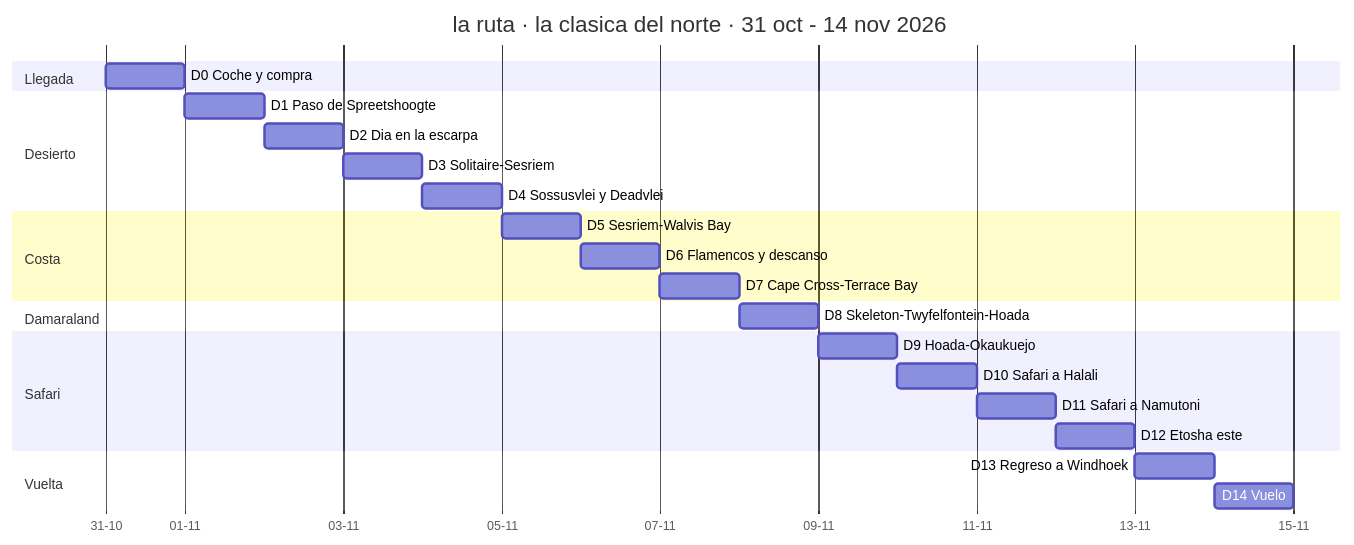
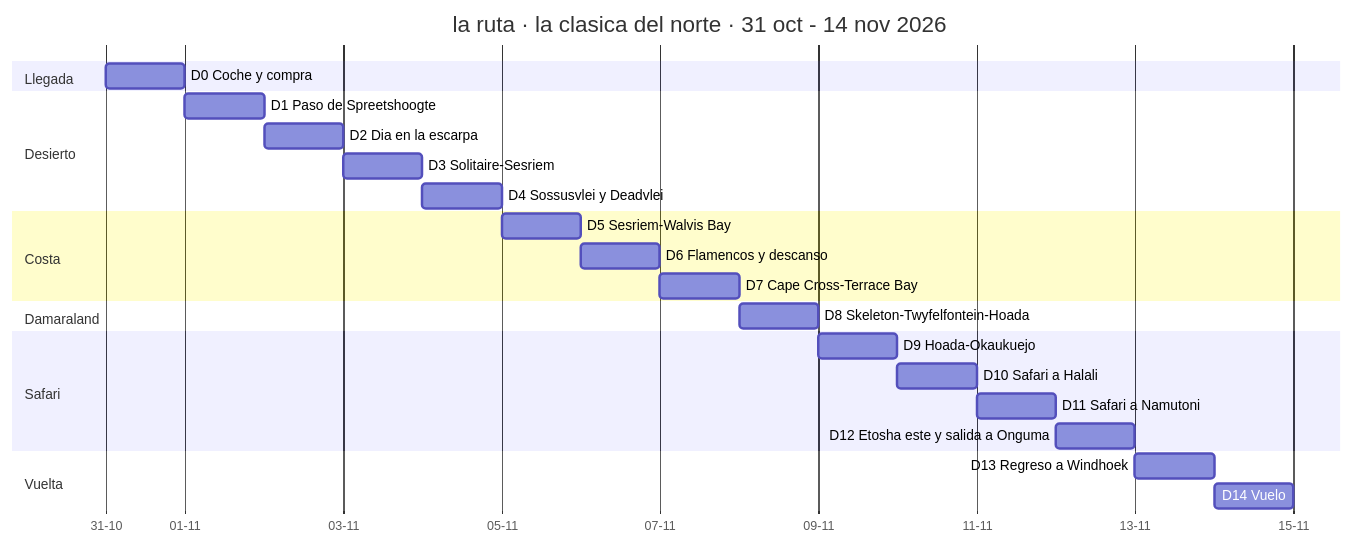
Before and after one commit to morandeirachema/namibia: the first of 3 diagrams in 01-itinerarios-dia-a-dia.md, drawn with Mermaid. The commit also changed other lines of this file and 29 other files, not shown here.

````diff
--- a/01-itinerarios-dia-a-dia.md
+++ b/01-itinerarios-dia-a-dia.md
@@ -56,27 +82,27 @@
 ```mermaid
 gantt
     title la ruta · la clasica del norte · 31 oct - 14 nov 2026
     dateFormat YYYY-MM-DD
     axisFormat %d-%m
     section Llegada
     D0 Coche y compra :e0, 2026-10-31, 1d
     section Desierto
     D1 Paso de Spreetshoogte :e1, 2026-11-01, 1d
     D2 Dia en la escarpa :e2, after e1, 1d
     D3 Solitaire-Sesriem :e3, after e2, 1d
     D4 Sossusvlei y Deadvlei :e4, after e3, 1d
     section Costa
     D5 Sesriem-Walvis Bay :e5, after e4, 1d
     D6 Flamencos y descanso :e6, after e5, 1d
     D7 Cape Cross-Terrace Bay :e7, after e6, 1d
     section Damaraland
     D8 Skeleton-Twyfelfontein-Hoada :e8, after e7, 1d
     section Safari
     D9 Hoada-Okaukuejo :e9, after e8, 1d
     D10 Safari a Halali :e10, after e9, 1d
     D11 Safari a Namutoni :e11, after e10, 1d
-    D12 Etosha este :e12, after e11, 1d
+    D12 Etosha este y salida a Onguma :e12, after e11, 1d
     section Vuelta
     D13 Regreso a Windhoek :e13, after e12, 1d
     D14 Vuelo :e14, after e13, 1d
 ```
````
